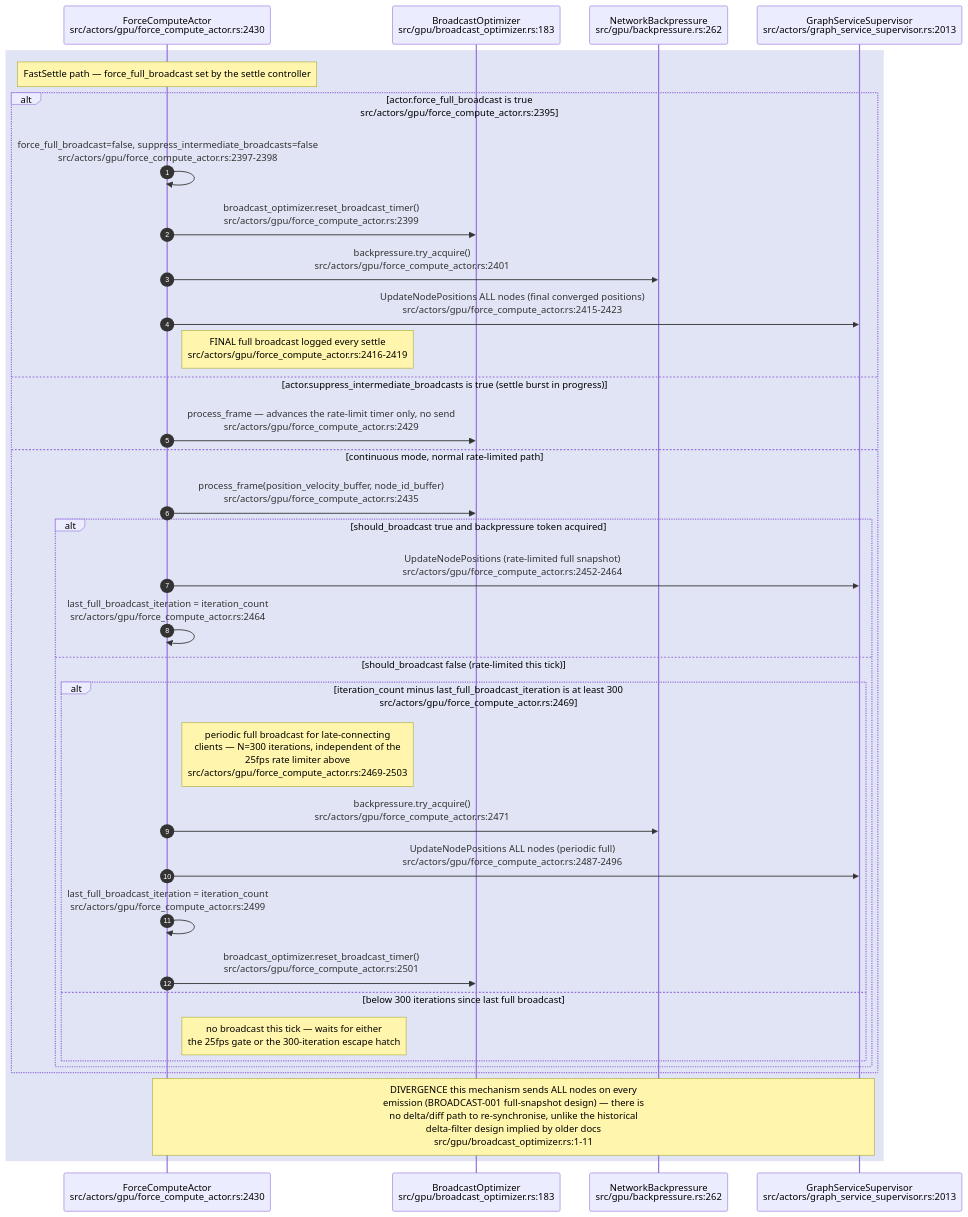
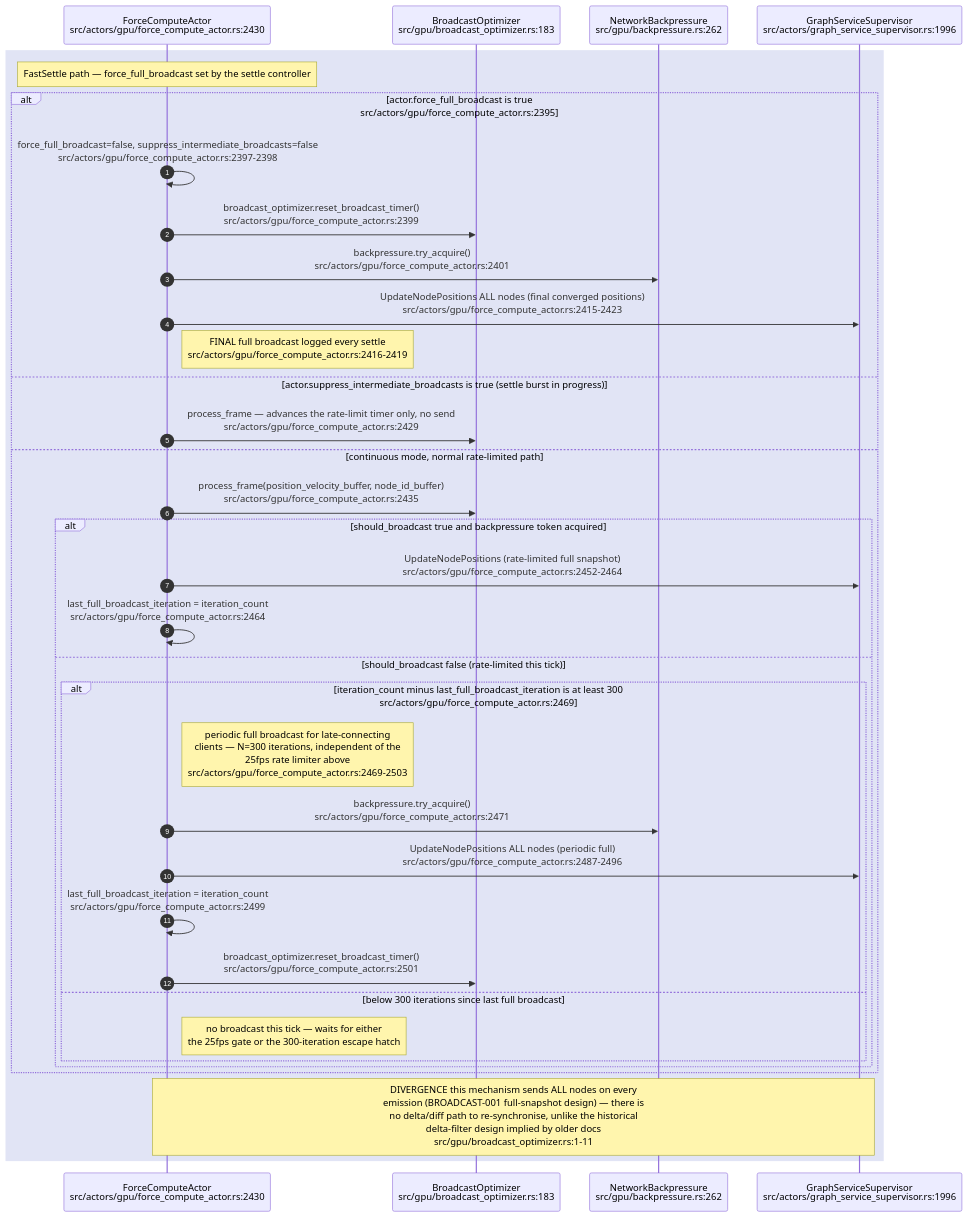
One commit to DreamLab-AI/VisionFlow changed the fourth of 7 diagrams in docs/diagrams/visionclaw/13-broadcast-pipeline-and-websocket.md. Above: the diagram before and after it, drawn with Mermaid. The commit also changed other lines of this file and 111 other files, not shown here.

Commit message:
docs(diagrams): align estate maps with current source

````diff
--- a/docs/diagrams/visionclaw/13-broadcast-pipeline-and-websocket.md
+++ b/docs/diagrams/visionclaw/13-broadcast-pipeline-and-websocket.md
@@ -241,38 +241,38 @@
 ```mermaid
 sequenceDiagram
     autonumber
     participant FC as ForceComputeActor<br/>src/actors/gpu/force_compute_actor.rs:2430
     participant BO as BroadcastOptimizer<br/>src/gpu/broadcast_optimizer.rs:183
     participant BP as NetworkBackpressure<br/>src/gpu/backpressure.rs:262
-    participant GSS as GraphServiceSupervisor<br/>src/actors/graph_service_supervisor.rs:2013
+    participant GSS as GraphServiceSupervisor<br/>src/actors/graph_service_supervisor.rs:1996
 
     rect rgb(225,228,245)
     Note over FC: FastSettle path — force_full_broadcast set by the settle controller
     alt actor.force_full_broadcast is true<br/>src/actors/gpu/force_compute_actor.rs:2395
         FC->>FC: force_full_broadcast=false, suppress_intermediate_broadcasts=false<br/>src/actors/gpu/force_compute_actor.rs:2397-2398
         FC->>BO: broadcast_optimizer.reset_broadcast_timer()<br/>src/actors/gpu/force_compute_actor.rs:2399
         FC->>BP: backpressure.try_acquire()<br/>src/actors/gpu/force_compute_actor.rs:2401
         FC->>GSS: UpdateNodePositions ALL nodes (final converged positions)<br/>src/actors/gpu/force_compute_actor.rs:2415-2423
         Note right of FC: FINAL full broadcast logged every settle<br/>src/actors/gpu/force_compute_actor.rs:2416-2419
     else actor.suppress_intermediate_broadcasts is true (settle burst in progress)
         FC->>BO: process_frame — advances the rate-limit timer only, no send<br/>src/actors/gpu/force_compute_actor.rs:2429
     else continuous mode, normal rate-limited path
         FC->>BO: process_frame(position_velocity_buffer, node_id_buffer)<br/>src/actors/gpu/force_compute_actor.rs:2435
         alt should_broadcast true and backpressure token acquired
             FC->>GSS: UpdateNodePositions (rate-limited full snapshot)<br/>src/actors/gpu/force_compute_actor.rs:2452-2464
             FC->>FC: last_full_broadcast_iteration = iteration_count<br/>src/actors/gpu/force_compute_actor.rs:2464
         else should_broadcast false (rate-limited this tick)
             alt iteration_count minus last_full_broadcast_iteration is at least 300<br/>src/actors/gpu/force_compute_actor.rs:2469
                 Note right of FC: periodic full broadcast for late-connecting<br/>clients — N=300 iterations, independent of the<br/>25fps rate limiter above<br/>src/actors/gpu/force_compute_actor.rs:2469-2503
                 FC->>BP: backpressure.try_acquire()<br/>src/actors/gpu/force_compute_actor.rs:2471
                 FC->>GSS: UpdateNodePositions ALL nodes (periodic full)<br/>src/actors/gpu/force_compute_actor.rs:2487-2496
                 FC->>FC: last_full_broadcast_iteration = iteration_count<br/>src/actors/gpu/force_compute_actor.rs:2499
                 FC->>BO: broadcast_optimizer.reset_broadcast_timer()<br/>src/actors/gpu/force_compute_actor.rs:2501
             else below 300 iterations since last full broadcast
                 Note right of FC: no broadcast this tick — waits for either<br/>the 25fps gate or the 300-iteration escape hatch
             end
         end
     end
     Note over FC,GSS: DIVERGENCE this mechanism sends ALL nodes on every<br/>emission (BROADCAST-001 full-snapshot design) — there is<br/>no delta/diff path to re-synchronise, unlike the historical<br/>delta-filter design implied by older docs<br/>src/gpu/broadcast_optimizer.rs:1-11
     end
 ```
````
